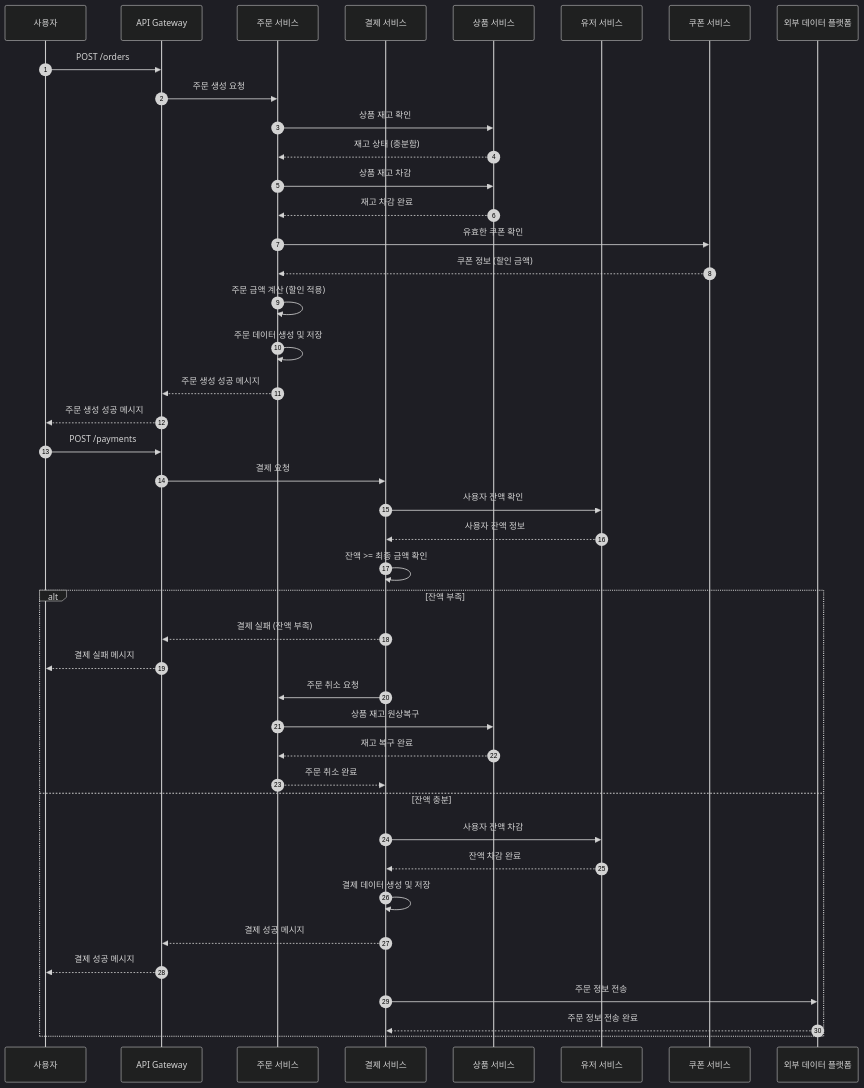
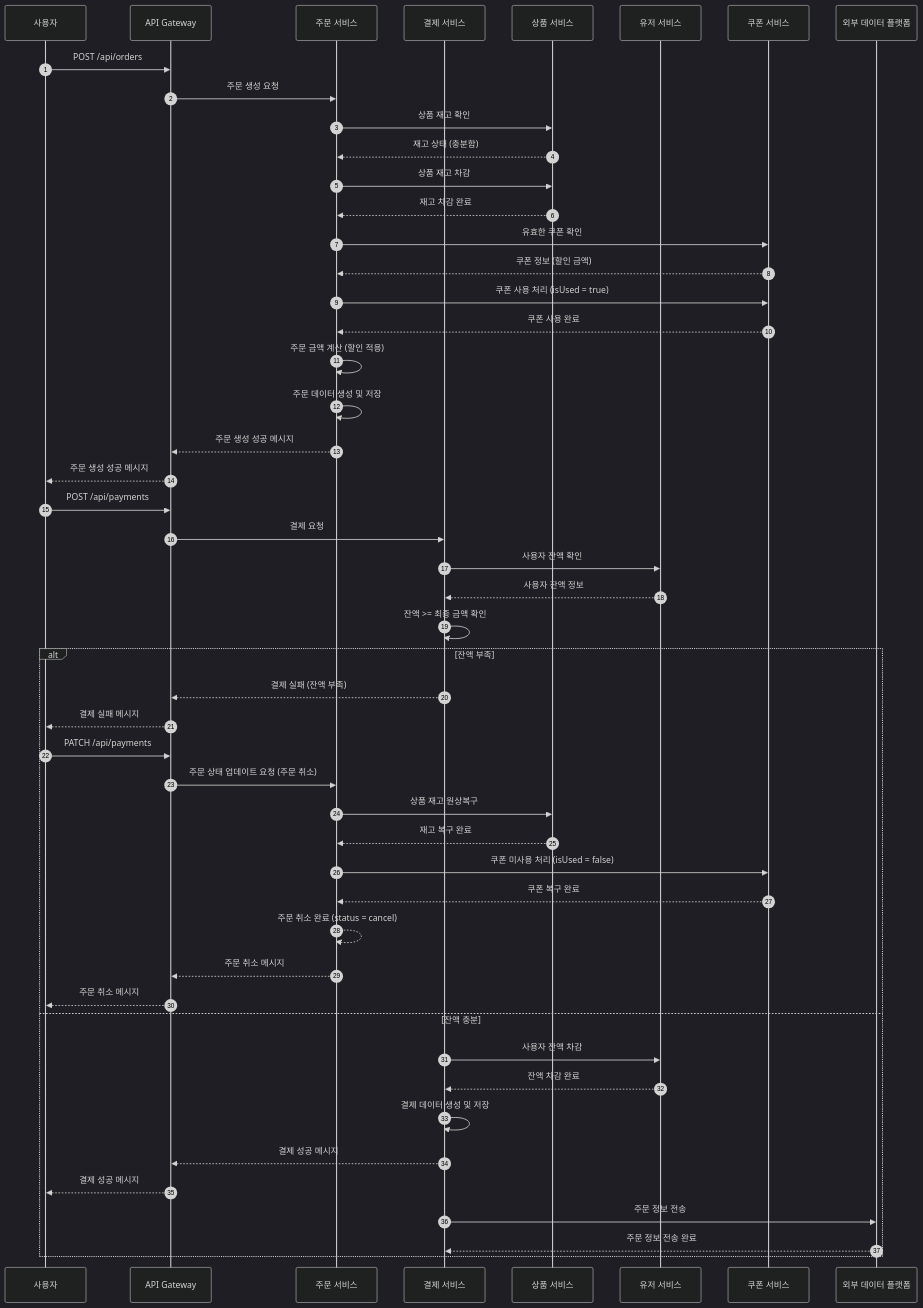
The diagram in docs/sequence-diagram.md (jane1721/e-commerce), drawn with Mermaid (dark theme) before and after one commit. The commit also changed other lines of this file, not shown here.

Commit message:
📝Docs: Update UserCoupon.isUsed to true when using a coupon
- 결제 실패 시 주문 취소 API 상세 로직 시퀀스 다이어그램에 추가

Resolved: #41

```diff
--- a/docs/sequence-diagram.md
+++ b/docs/sequence-diagram.md
@@ -17,7 +17,7 @@
     participant DataPlatform as 외부 데이터 플랫폼
 
     %% 주문 생성 상세 로직
-    User ->> API: POST /orders
+    User ->> API: POST /api/orders
     API ->> OrderService: 주문 생성 요청
 
     %% 상품 재고 확인
@@ -31,6 +31,10 @@
     %% 쿠폰 적용
     OrderService ->> CouponService: 유효한 쿠폰 확인
     CouponService -->> OrderService: 쿠폰 정보 (할인 금액)
+    
+    %% 쿠폰 사용 처리
+    OrderService ->> CouponService: 쿠폰 사용 처리 (isUsed = true)
+    CouponService -->> OrderService: 쿠폰 사용 완료
 
     %% 주문 금액 계산 (쿠폰 적용 후)
     OrderService ->> OrderService: 주문 금액 계산 (할인 적용)
@@ -41,7 +45,7 @@
     API -->> User: 주문 생성 성공 메시지
 
     %% 결제 처리 상세 로직
-    User ->> API: POST /payments
+    User ->> API: POST /api/payments
     API ->> PaymentService: 결제 요청
 
     %% 사용자 잔액 확인
@@ -54,12 +58,26 @@
         %% 결제 실패 시 처리
         PaymentService -->> API: 결제 실패 (잔액 부족)
         API -->> User: 결제 실패 메시지
-
-        %% 주문 취소 처리
-        PaymentService ->> OrderService: 주문 취소 요청
-        OrderService ->> ItemService: 상품 재고 원상복구
-        ItemService -->> OrderService: 재고 복구 완료
-        OrderService -->> PaymentService: 주문 취소 완료
+        
+		    %% 주문 취소 상세 로직
+		    User ->> API: PATCH /api/payments
+		    API ->> OrderService: 주문 상태 업데이트 요청 (주문 취소)
+		    
+		    %% 재고 원복
+		    OrderService ->> ItemService: 상품 재고 원상복구
+		    ItemService -->> OrderService: 재고 복구 완료
+		    
+		    %% 쿠폰 미사용 처리
+		    OrderService ->> CouponService: 쿠폰 미사용 처리 (isUsed = false)
+		    CouponService -->> OrderService: 쿠폰 복구 완료
+		    
+		    %% 주문 상태 업데이트
+		    OrderService -->> OrderService: 주문 취소 완료 (status = cancel)
+		    
+		    %% 최종 주문 취소 업데이트 메시지
+		    OrderService -->> API: 주문 취소 메시지
+		    API -->> User: 주문 취소 메시지
+    
     else 잔액 충분
         %% 잔액 차감
         PaymentService ->> UserService: 사용자 잔액 차감
```
